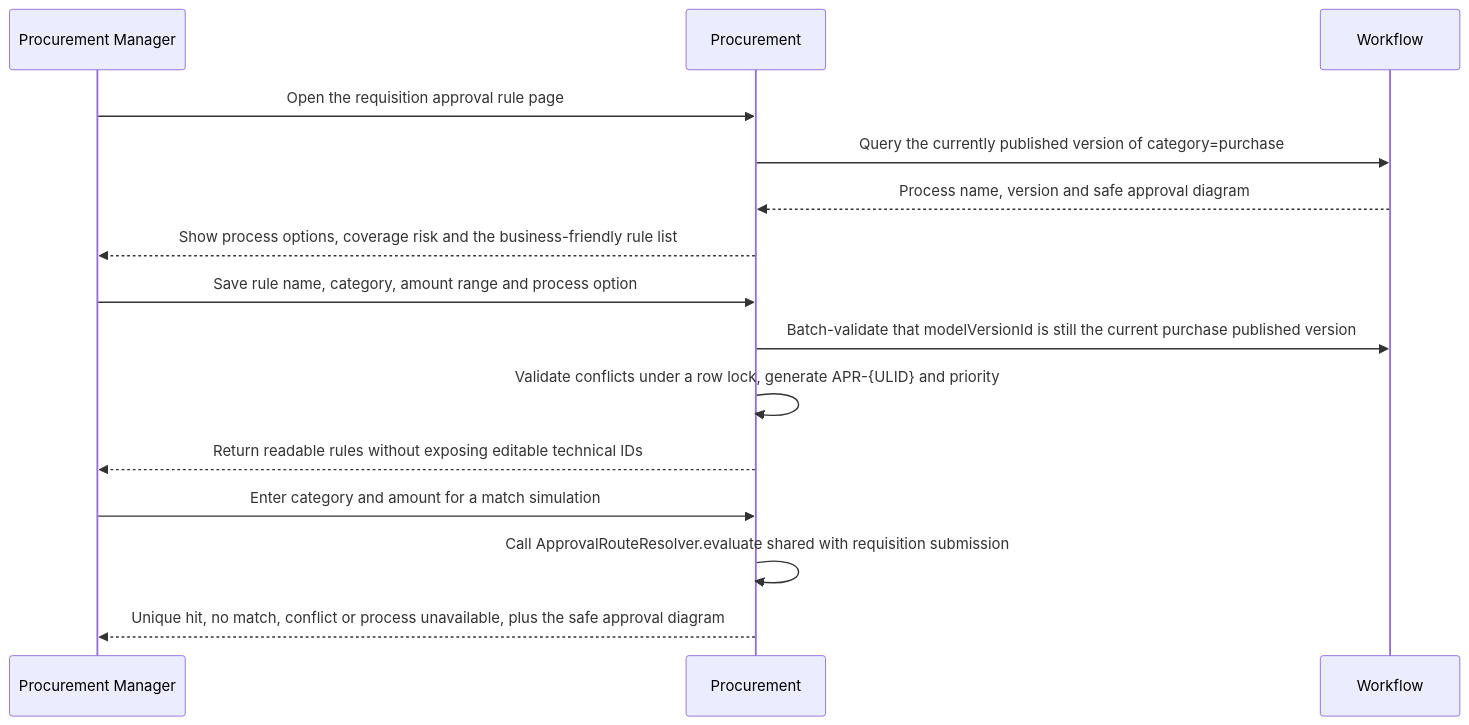
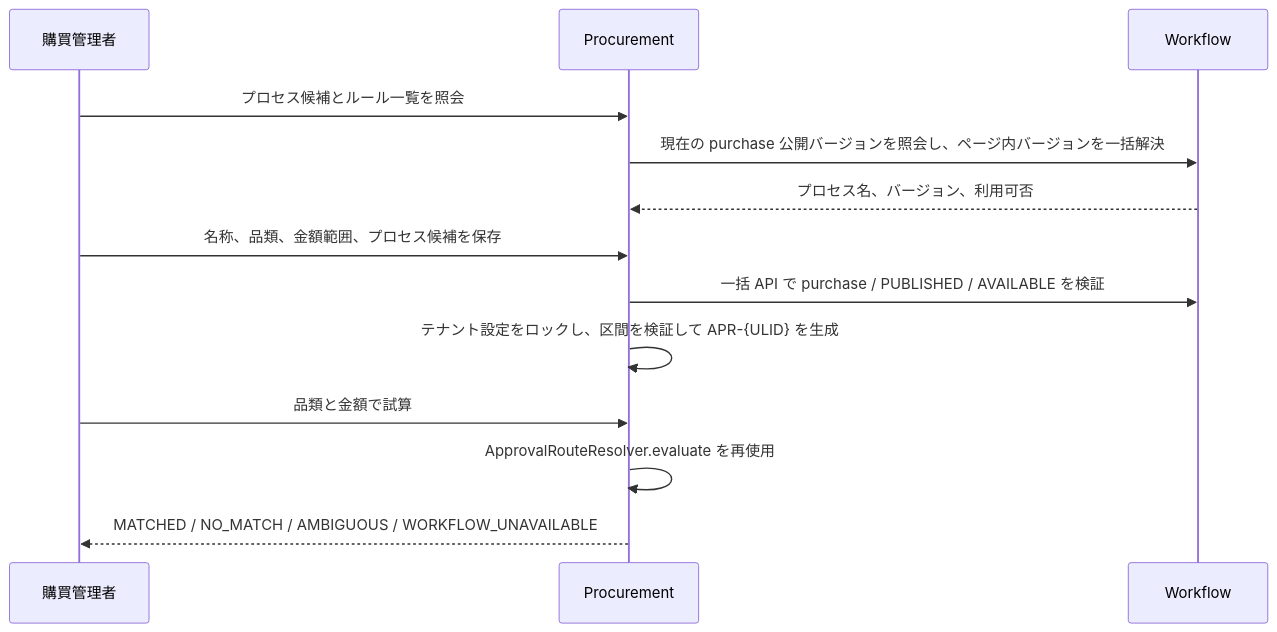
Before and after one commit to wang-baohai/Omni-Stack: diagram 17 of 21 in docs/core-flows.jp.md, drawn with Mermaid. The commit also changed other lines of this file and 1095 other files, not shown here.

````diff
--- a/docs/core-flows.jp.md
+++ b/docs/core-flows.jp.md
@@ -1748,18 +1386,15 @@
 ```mermaid
 sequenceDiagram
-    participant U as Procurement Manager
+    participant U as 購買管理者
     participant P as Procurement
     participant W as Workflow
-
-    U->>P: Open the requisition approval rule page
-    P->>W: Query the currently published version of category=purchase
-    W-->>P: Process name, version and safe approval diagram
-    P-->>U: Show process options, coverage risk and the business-friendly rule list
-    U->>P: Save rule name, category, amount range and process option
-    P->>W: Batch-validate that modelVersionId is still the current purchase published version
-    P->>P: Validate conflicts under a row lock, generate APR-{ULID} and priority
-    P-->>U: Return readable rules without exposing editable technical IDs
-    U->>P: Enter category and amount for a match simulation
-    P->>P: Call ApprovalRouteResolver.evaluate shared with requisition submission
-    P-->>U: Unique hit, no match, conflict or process unavailable, plus the safe approval diagram
+    U->>P: プロセス候補とルール一覧を照会
+    P->>W: 現在の purchase 公開バージョンを照会し、ページ内バージョンを一括解決
+    W-->>P: プロセス名、バージョン、利用可否
+    U->>P: 名称、品類、金額範囲、プロセス候補を保存
+    P->>W: 一括 API で purchase / PUBLISHED / AVAILABLE を検証
+    P->>P: テナント設定をロックし、区間を検証して APR-{ULID} を生成
+    U->>P: 品類と金額で試算
+    P->>P: ApprovalRouteResolver.evaluate を再使用
+    P-->>U: MATCHED / NO_MATCH / AMBIGUOUS / WORKFLOW_UNAVAILABLE
 ```
````
